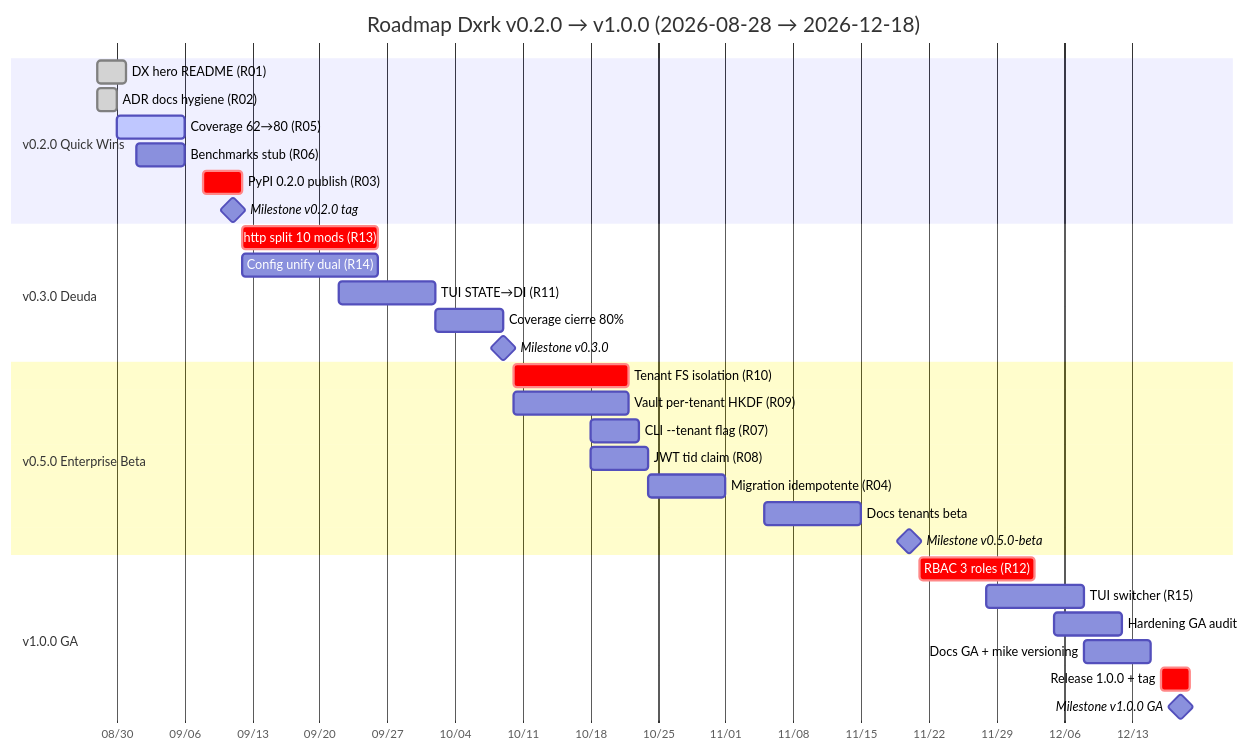
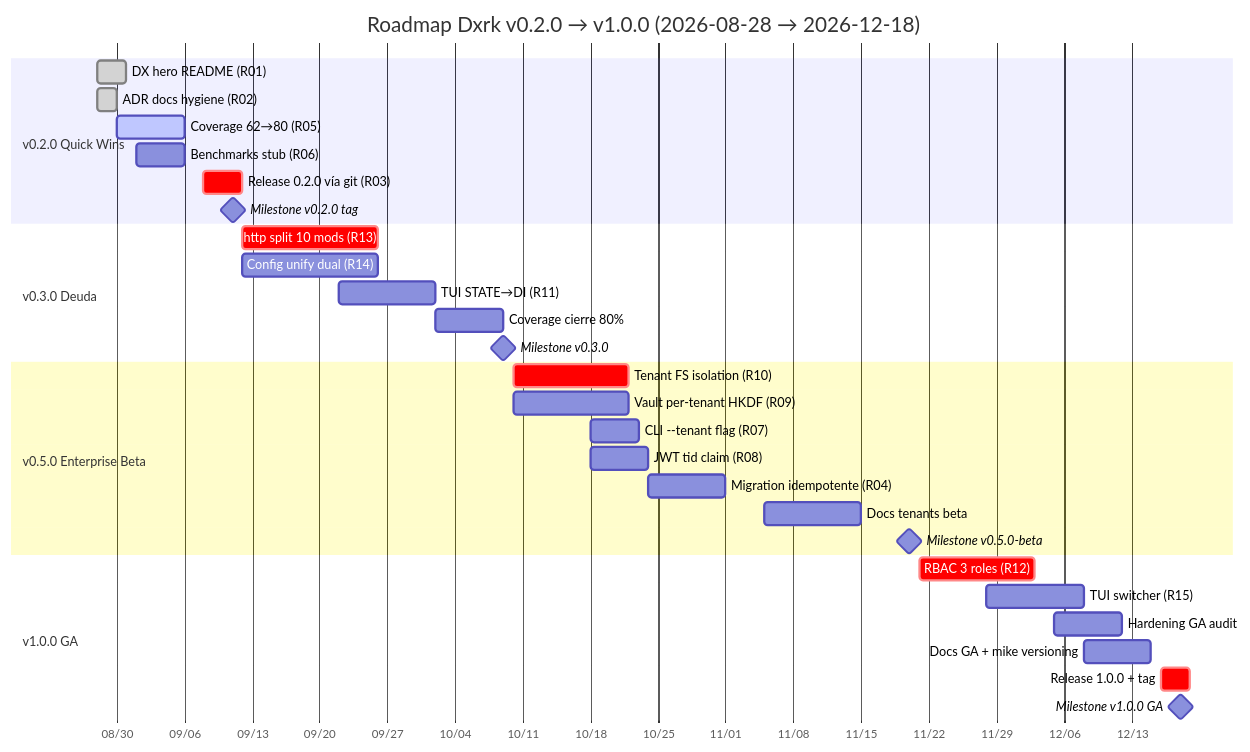
One commit to Dxrk777/Dxrk changed the second of 2 diagrams in docs/roadmap.md. Above: the diagram before and after it, drawn with Mermaid. The commit also changed other lines of this file and 2 other files, not shown here.

````diff
--- a/docs/roadmap.md
+++ b/docs/roadmap.md
@@ -183,37 +184,37 @@
 ```mermaid
 gantt
     title Roadmap Dxrk v0.2.0 → v1.0.0 (2026-08-28 → 2026-12-18)
     dateFormat  YYYY-MM-DD
     axisFormat %m/%d
     section v0.2.0 Quick Wins
     DX hero README (R01)          :done, r01, 2026-08-28, 3d
     ADR docs hygiene (R02)        :done, r02, 2026-08-28, 2d
     Coverage 62→80 (R05)          :active, r05, 2026-08-30, 7d
     Benchmarks stub (R06)         :r06, 2026-09-01, 5d
-    PyPI 0.2.0 publish (R03)      :crit, r03, 2026-09-08, 4d
+    Release 0.2.0 vía git (R03)      :crit, r03, 2026-09-08, 4d
     Milestone v0.2.0 tag          :milestone, m02, 2026-09-11, 0d
 
     section v0.3.0 Deuda
     http split 10 mods (R13)      :crit, r13, 2026-09-12, 14d
     Config unify dual (R14)       :r14, 2026-09-12, 14d
     TUI STATE→DI (R11)            :r11, 2026-09-22, 10d
     Coverage cierre 80%           :r05c, 2026-10-02, 7d
     Milestone v0.3.0               :milestone, m03, 2026-10-09, 0d
 
     section v0.5.0 Enterprise Beta
     Tenant FS isolation (R10)     :crit, r10, 2026-10-10, 12d
     Vault per-tenant HKDF (R09)   :r09, 2026-10-10, 12d
     CLI --tenant flag (R07)       :r07, 2026-10-18, 5d
     JWT tid claim (R08)           :r08, 2026-10-18, 6d
     Migration idempotente (R04)   :r04, 2026-10-24, 8d
     Docs tenants beta             :rDoc5, 2026-11-05, 10d
     Milestone v0.5.0-beta         :milestone, m05, 2026-11-20, 0d
 
     section v1.0.0 GA
     RBAC 3 roles (R12)            :crit, r12, 2026-11-21, 12d
     TUI switcher (R15)            :r15, 2026-11-28, 10d
     Hardening GA audit            :rHard, 2026-12-05, 7d
     Docs GA + mike versioning     :rDoc1, 2026-12-08, 7d
     Release 1.0.0 + tag           :crit, r10x, 2026-12-16, 3d
     Milestone v1.0.0 GA           :milestone, m10, 2026-12-18, 0d
 ```
````
